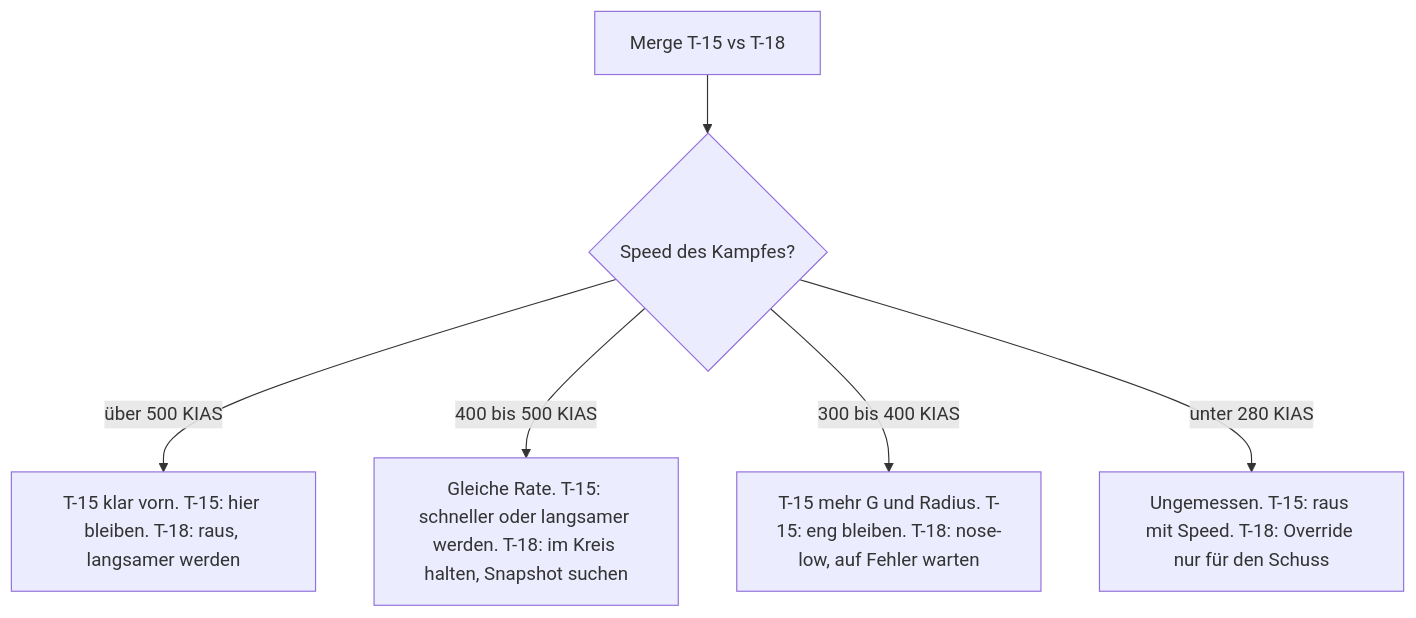
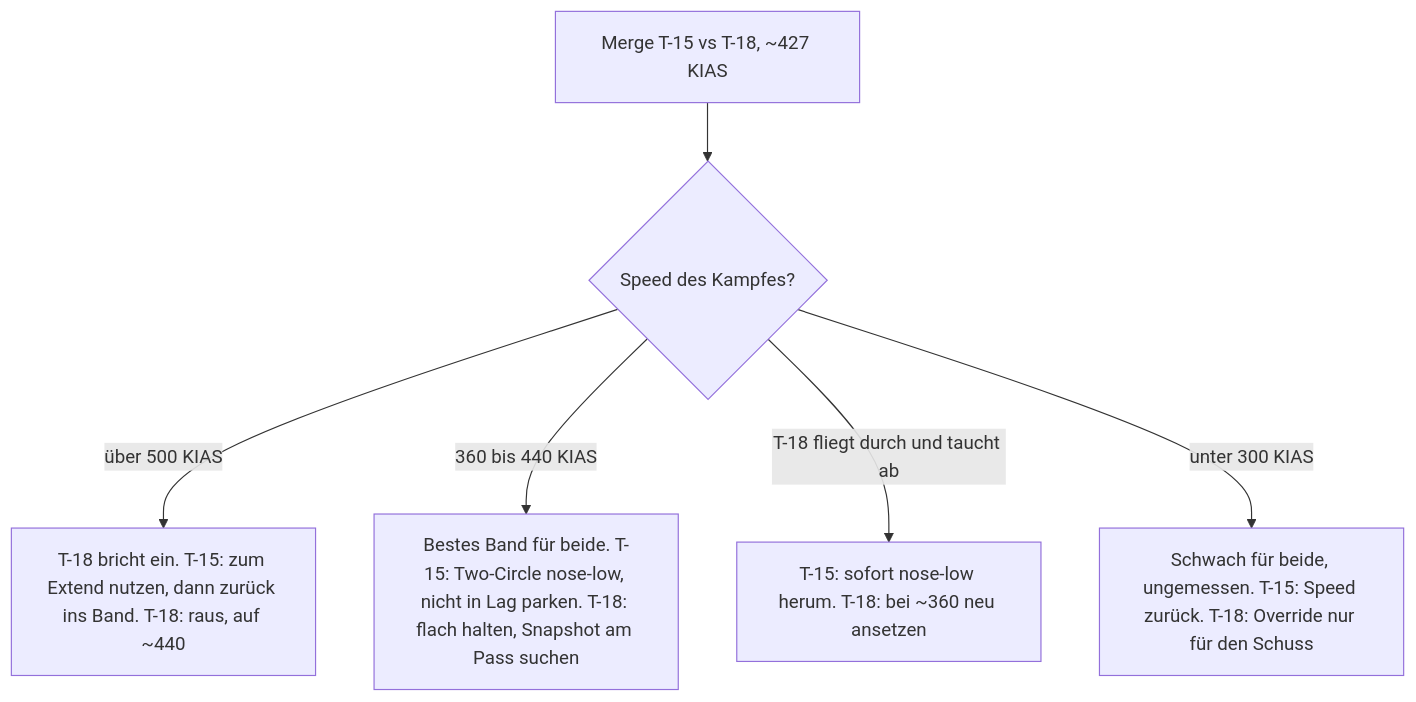
The diagram in docs/flugzeuge/matchups/t15-vs-t18.md (lukaio3D/VFM_Wiki), drawn with Mermaid before and after one commit. The commit also changed other lines of this file and 40 other files, not shown here.

First line of the commit message:
docs: Wiki mit Spieldaten, Replays und neuer Simulation überarbeitet

````diff
--- a/docs/flugzeuge/matchups/t15-vs-t18.md
+++ b/docs/flugzeuge/matchups/t15-vs-t18.md
@@ -82,8 +97,8 @@
 ```mermaid
 flowchart TD
-    A[Merge T-15 vs T-18] --> B{Speed des Kampfes?}
-    B -->|über 500 KIAS| C[T-15 klar vorn. T-15: hier bleiben. T-18: raus, langsamer werden]
-    B -->|400 bis 500 KIAS| D[Gleiche Rate. T-15: schneller oder langsamer werden. T-18: im Kreis halten, Snapshot suchen]
-    B -->|300 bis 400 KIAS| E[T-15 mehr G und Radius. T-15: eng bleiben. T-18: nose-low, auf Fehler warten]
-    B -->|unter 280 KIAS| F[Ungemessen. T-15: raus mit Speed. T-18: Override nur für den Schuss]
+    A[Merge T-15 vs T-18, ~427 KIAS] --> B{Speed des Kampfes?}
+    B -->|über 500 KIAS| C[T-18 bricht ein. T-15: zum Extend nutzen, dann zurück ins Band. T-18: raus, auf ~440]
+    B -->|360 bis 440 KIAS| D[Bestes Band für beide. T-15: Two-Circle nose-low, nicht in Lag parken. T-18: flach halten, Snapshot am Pass suchen]
+    B -->|T-18 fliegt durch und taucht ab| E[T-15: sofort nose-low herum. T-18: bei ~360 neu ansetzen]
+    B -->|unter 300 KIAS| F[Schwach für beide, ungemessen. T-15: Speed zurück. T-18: Override nur für den Schuss]
 ```
````
